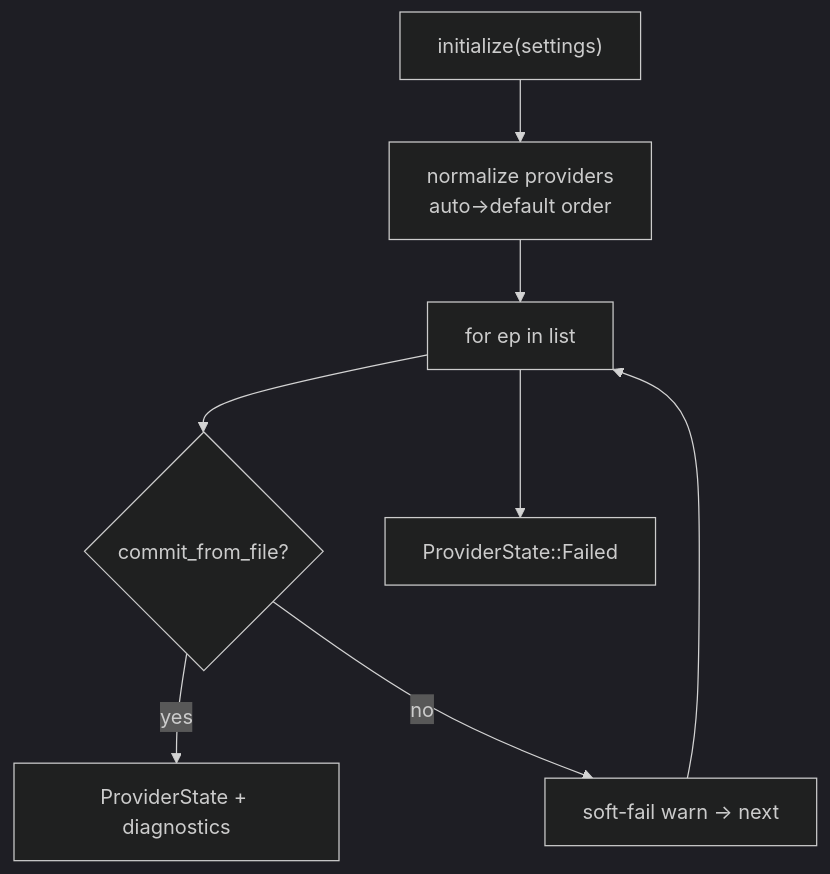
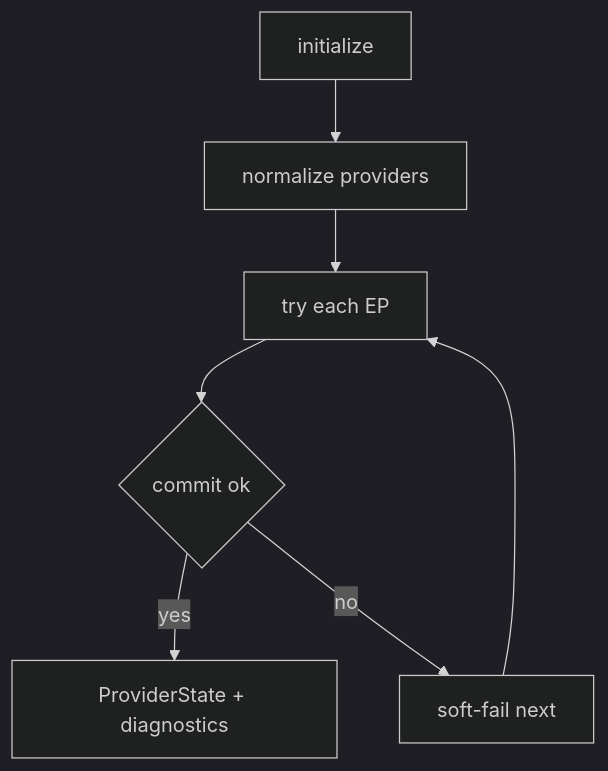
One commit to NAMUORI00/display-share changed the fifth of 8 diagrams in 설계안.md. Above: the diagram before and after it, drawn with Mermaid (dark theme). The commit also changed other lines of this file and 25 other files, not shown here.

First line of the commit message:
docs(wiki): complete pages for current privacy/DXGI architecture

````diff
--- a/설계안.md
+++ b/설계안.md
@@ -142,10 +109,9 @@
 ```mermaid
 flowchart TB
-  REQ["initialize(settings)"] --> NORM["normalize providers<br/>auto→default order"]
-  NORM --> TRY["for ep in list"]
-  TRY --> OK{"commit_from_file?"}
-  OK -->|yes| READY["ProviderState + diagnostics"]
-  OK -->|no| NEXT["soft-fail warn → next"]
+  REQ[initialize] --> NORM[normalize providers]
+  NORM --> TRY[try each EP]
+  TRY --> OK{commit ok}
+  OK -->|yes| READY[ProviderState + diagnostics]
+  OK -->|no| NEXT[soft-fail next]
   NEXT --> TRY
-  TRY --> FAIL["ProviderState::Failed"]
 ```
````
